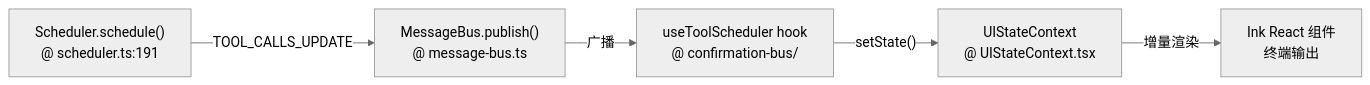
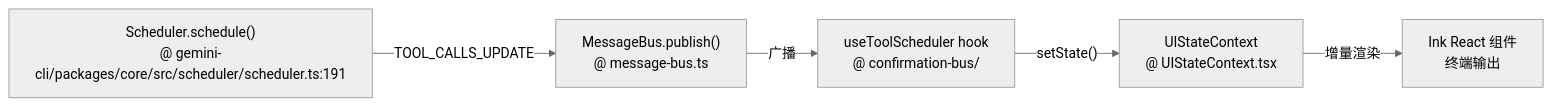
One commit to feuyeux/hello-olleh changed the first of 2 diagrams in hello-gemini-cli/04-state-session-memory.md. Above: the diagram before and after it, drawn with Mermaid. The commit also changed other lines of this file and 36 other files, not shown here.

````diff
--- a/hello-gemini-cli/04-state-session-memory.md
+++ b/hello-gemini-cli/04-state-session-memory.md
@@ -279,8 +279,8 @@
 ```mermaid
 %%{init: {'theme': 'neutral'}}%%
 flowchart LR
-    Scheduler["Scheduler.schedule()<br/>@ scheduler.ts:191"] -->|"TOOL_CALLS_UPDATE"| Bus["MessageBus.publish()<br/>@ message-bus.ts"]
+    Scheduler["Scheduler.schedule()<br/>@ gemini-cli/packages/core/src/scheduler/scheduler.ts:191"] -->|"TOOL_CALLS_UPDATE"| Bus["MessageBus.publish()<br/>@ message-bus.ts"]
     Bus -->|"广播"| UIHook["useToolScheduler hook<br/>@ confirmation-bus/"]
     UIHook -->|"setState()"| UIState["UIStateContext<br/>@ UIStateContext.tsx"]
     UIState -->|"增量渲染"| Ink["Ink React 组件<br/>终端输出"]
 ```
````
